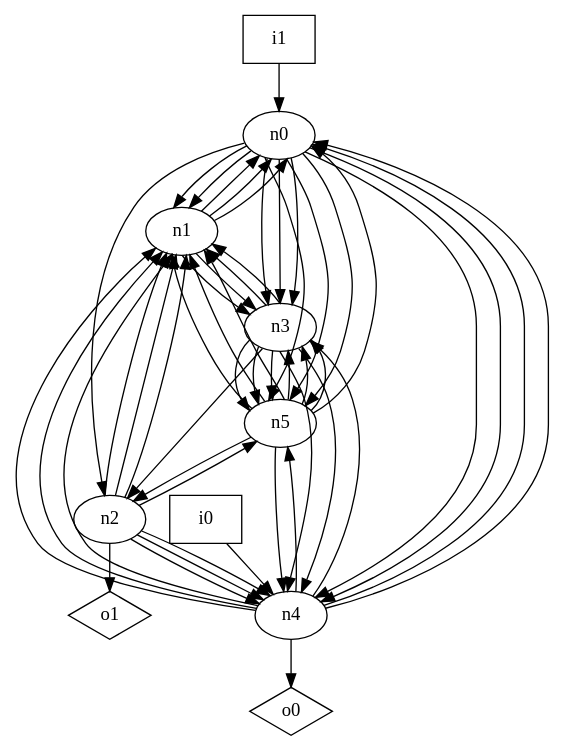
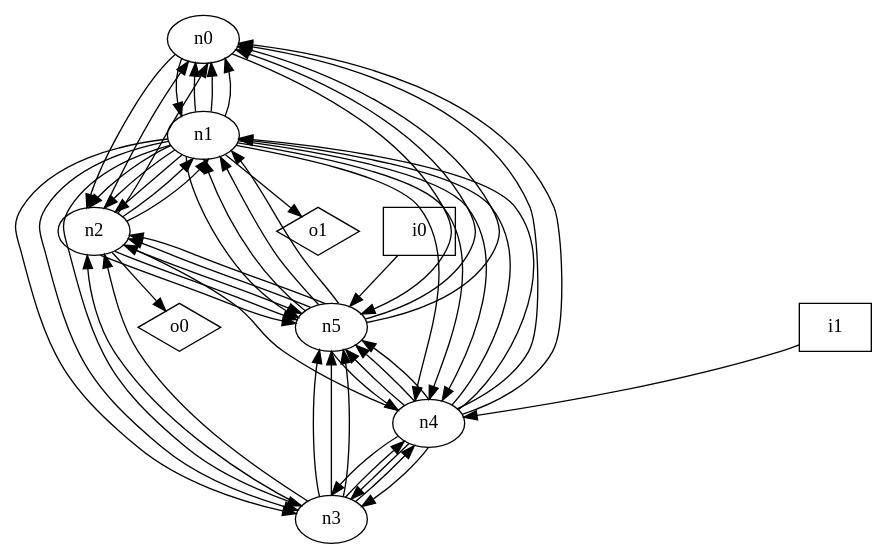
The diagram in dot_files/random/random_loop_free_graph.dot (p9romain/bool-circuits), drawn with Graphviz before and after one commit. The commit also changed 29 other files, not shown here.

```diff
--- a/dot_files/random/random_loop_free_graph.dot
+++ b/dot_files/random/random_loop_free_graph.dot
@@ -1,63 +1,65 @@
 digraph G {
 n0 [label="n0"];
 n1 [label="n1"];
 n2 [label="n2"];
 n3 [label="n3"];
 n4 [label="n4"];
 n5 [label="n5"];
 n6 [label="i0",shape="box"];
 n7 [label="i1",shape="box"];
 n8 [label="o0",shape="diamond"];
 n9 [label="o1",shape="diamond"];
 n0 -> n1
-n0 -> n1
 n0 -> n2
-n0 -> n3
-n0 -> n3
-n0 -> n3
-n0 -> n4
-n0 -> n4
-n0 -> n5
-n0 -> n5
 n0 -> n5
 n1 -> n0
 n1 -> n0
 n1 -> n0
+n1 -> n2
+n1 -> n2
+n1 -> n2
 n1 -> n3
 n1 -> n3
+n1 -> n3
+n1 -> n4
+n1 -> n4
+n1 -> n4
+n1 -> n5
+n1 -> n9
+n2 -> n0
+n2 -> n0
 n2 -> n1
 n2 -> n1
-n2 -> n1
-n2 -> n4
-n2 -> n4
-n2 -> n4
 n2 -> n5
-n2 -> n9
-n3 -> n1
-n3 -> n1
+n2 -> n5
+n2 -> n5
+n2 -> n8
+n3 -> n2
 n3 -> n2
 n3 -> n4
 n3 -> n4
 n3 -> n5
 n3 -> n5
 n3 -> n5
 n4 -> n0
 n4 -> n0
 n4 -> n1
 n4 -> n1
-n4 -> n1
+n4 -> n2
+n4 -> n3
+n4 -> n3
 n4 -> n3
 n4 -> n5
-n4 -> n8
+n4 -> n5
+n4 -> n5
+n5 -> n0
 n5 -> n0
 n5 -> n1
 n5 -> n1
 n5 -> n1
 n5 -> n2
-n5 -> n3
-n5 -> n3
-n5 -> n3
+n5 -> n2
 n5 -> n4
-n6 -> n4
-n7 -> n0
+n6 -> n5
+n7 -> n4
 }
```
